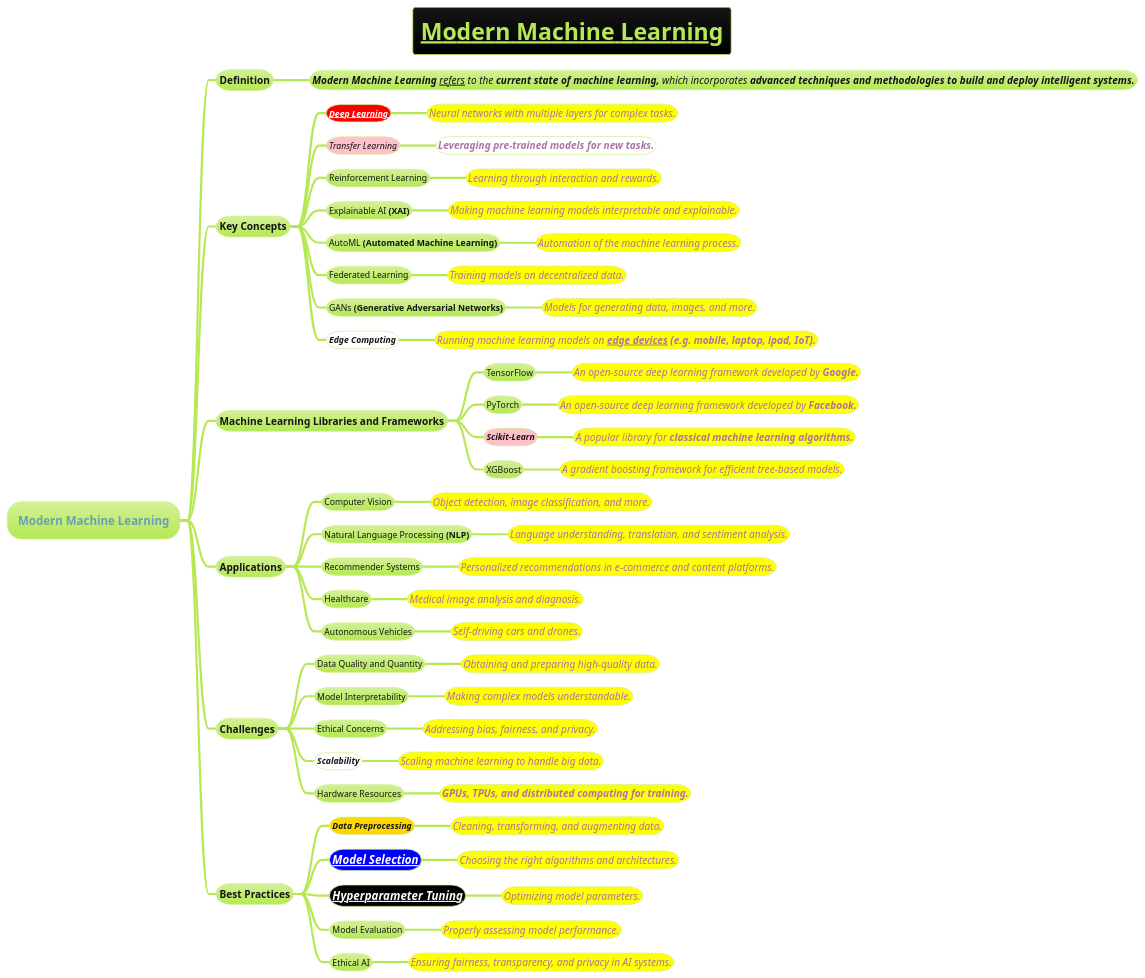
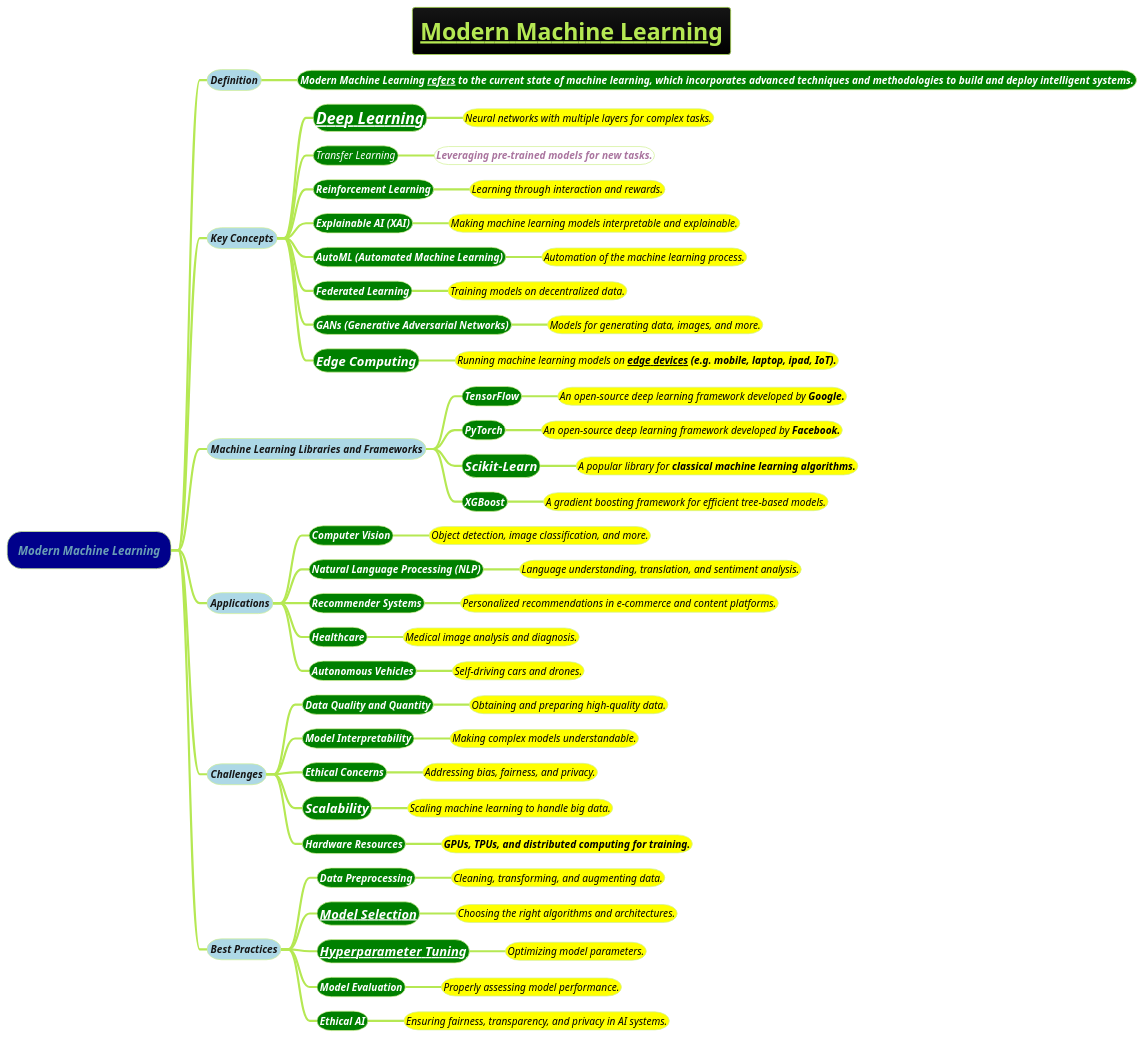
The diagram in docs/AI-ML- DL-Data-Science-and-BigData/machine-learning-ML/Modern-Machine-Learning.puml (MehmoodHashmi/Documentation-as-Code-DaC), drawn with PlantUML before and after one commit. The commit also changed 2 other files, not shown here.

```diff
--- a/docs/AI-ML- DL-Data-Science-and-BigData/machine-learning-ML/Modern-Machine-Learning.puml
+++ b/docs/AI-ML- DL-Data-Science-and-BigData/machine-learning-ML/Modern-Machine-Learning.puml
@@ -1,73 +1,73 @@
 @startmindmap
 title =**__Modern Machine Learning__**
 !theme hacker
 
-* Modern Machine Learning
-** Definition
-*** ====<size:14>**Modern Machine Learning** __refers__ to the **current state of machine learning,** which incorporates **advanced techniques and methodologies to build and deploy intelligent systems.**
+*[#darkblue] <i>Modern Machine Learning
+**[#lightblue] <size:14><i>Definition
+***[#green] <b><color #white><i><size:14><i><size:14>**Modern Machine Learning** __refers__ to the **current state of machine learning,** which incorporates **advanced techniques and methodologies to build and deploy intelligent systems.**
 
-** Key Concepts
-***[#red] ====**[[3-deep-learning-DL/Deep-Learning.puml Deep Learning]]**
-****[#yellow] ====<size:14>Neural networks with multiple layers for complex tasks.
-***[#pink] ====Transfer Learning
-****[#white] ====<size:14>**Leveraging pre-trained models for new tasks.**
-*** Reinforcement Learning
-****[#yellow] ====<size:14>Learning through interaction and rewards.
-*** Explainable AI **(XAI)**
-****[#yellow] ====<size:14>Making machine learning models interpretable and explainable.
-*** AutoML **(Automated Machine Learning)**
-****[#yellow] ====<size:14>Automation of the machine learning process.
-*** Federated Learning
-****[#yellow] ====<size:14>Training models on decentralized data.
-*** GANs **(Generative Adversarial Networks)**
-****[#yellow] ====<size:14>Models for generating data, images, and more.
-***[#white] ====**Edge Computing**
-****[#yellow] ====<size:14>Running machine learning models on __**edge devices**__ **(e.g. mobile, laptop, ipad, IoT).**
+**[#lightblue] <size:14><i>Key Concepts
+***[#green] <size:22><color #white><i>**[[3-deep-learning-DL/Deep-Learning.puml Deep Learning]]**
+****[#yellow] <color #black><i><size:14>Neural networks with multiple layers for complex tasks.
+***[#green] <i><size:14><color #white>Transfer Learning
+****[#white] <i><size:14>**Leveraging pre-trained models for new tasks.**
+***[#green] <b><color #white><i><size:14>Reinforcement Learning
+****[#yellow] <color #black><i><size:14>Learning through interaction and rewards.
+***[#green] <b><color #white><i><size:14>Explainable AI **(XAI)**
+****[#yellow] <color #black><i><size:14>Making machine learning models interpretable and explainable.
+***[#green] <b><color #white><i><size:14>AutoML **(Automated Machine Learning)**
+****[#yellow] <color #black><i><size:14>Automation of the machine learning process.
+***[#green] <b><color #white><i><size:14>Federated Learning
+****[#yellow] <color #black><i><size:14>Training models on decentralized data.
+***[#green] <b><color #white><i><size:14>GANs **(Generative Adversarial Networks)**
+****[#yellow] <color #black><i><size:14>Models for generating data, images, and more.
+***[#green] <size:18><color #white><i>**Edge Computing**
+****[#yellow] <color #black><i><size:14>Running machine learning models on __**edge devices**__ **(e.g. mobile, laptop, ipad, IoT).**
 
-** Machine Learning Libraries and Frameworks
-*** TensorFlow
-****[#yellow] ====<size:14>An open-source deep learning framework developed by **Google.**
-*** PyTorch
-****[#yellow] ====<size:14>An open-source deep learning framework developed by **Facebook.**
-***[#pink] ====**Scikit-Learn**
-****[#yellow] ====<size:14>A popular library for **classical machine learning algorithms.**
-*** XGBoost
-****[#yellow] ====<size:14>A gradient boosting framework for efficient tree-based models.
+**[#lightblue] <size:14><i>Machine Learning Libraries and Frameworks
+***[#green] <b><color #white><i><size:14>TensorFlow
+****[#yellow] <color #black><i><size:14>An open-source deep learning framework developed by **Google.**
+***[#green] <b><color #white><i><size:14>PyTorch
+****[#yellow] <color #black><i><size:14>An open-source deep learning framework developed by **Facebook.**
+***[#green] <size:18><color #white><i>**Scikit-Learn**
+****[#yellow] <color #black><i><size:14>A popular library for **classical machine learning algorithms.**
+***[#green] <b><color #white><i><size:14>XGBoost
+****[#yellow] <color #black><i><size:14>A gradient boosting framework for efficient tree-based models.
 
-** Applications
-*** Computer Vision
-****[#yellow] ====<size:14>Object detection, image classification, and more.
-*** Natural Language Processing **(NLP)**
-****[#yellow] ====<size:14>Language understanding, translation, and sentiment analysis.
-*** Recommender Systems
-****[#yellow] ====<size:14>Personalized recommendations in e-commerce and content platforms.
-*** Healthcare
-****[#yellow] ====<size:14>Medical image analysis and diagnosis.
-*** Autonomous Vehicles
-****[#yellow] ====<size:14>Self-driving cars and drones.
+**[#lightblue] <size:14><i>Applications
+***[#green] <b><color #white><i><size:14>Computer Vision
+****[#yellow] <color #black><i><size:14>Object detection, image classification, and more.
+***[#green] <b><color #white><i><size:14>Natural Language Processing **(NLP)**
+****[#yellow] <color #black><i><size:14>Language understanding, translation, and sentiment analysis.
+***[#green] <b><color #white><i><size:14>Recommender Systems
+****[#yellow] <color #black><i><size:14>Personalized recommendations in e-commerce and content platforms.
+***[#green] <b><color #white><i><size:14>Healthcare
+****[#yellow] <color #black><i><size:14>Medical image analysis and diagnosis.
+***[#green] <b><color #white><i><size:14>Autonomous Vehicles
+****[#yellow] <color #black><i><size:14>Self-driving cars and drones.
 
-** Challenges
-*** Data Quality and Quantity
-****[#yellow] ====<size:14>Obtaining and preparing high-quality data.
-*** Model Interpretability
-****[#yellow] ====<size:14>Making complex models understandable.
-*** Ethical Concerns
-****[#yellow] ====<size:14>Addressing bias, fairness, and privacy.
-***[#white] ====**Scalability**
-****[#yellow] ====<size:14>Scaling machine learning to handle big data.
-*** Hardware Resources
-****[#yellow] ====<size:14>**GPUs, TPUs, and distributed computing for training.**
+**[#lightblue] <size:14><i>Challenges
+***[#green] <b><color #white><i><size:14>Data Quality and Quantity
+****[#yellow] <color #black><i><size:14>Obtaining and preparing high-quality data.
+***[#green] <b><color #white><i><size:14>Model Interpretability
+****[#yellow] <color #black><i><size:14>Making complex models understandable.
+***[#green] <b><color #white><i><size:14>Ethical Concerns
+****[#yellow] <color #black><i><size:14>Addressing bias, fairness, and privacy.
+***[#green] <size:18><color #white><i>**Scalability**
+****[#yellow] <color #black><i><size:14>Scaling machine learning to handle big data.
+***[#green] <b><color #white><i><size:14>Hardware Resources
+****[#yellow] <color #black><i><size:14>**GPUs, TPUs, and distributed computing for training.**
 
-** Best Practices
-***[#gold] ====**Data Preprocessing**
-****[#yellow] ====<size:14>Cleaning, transforming, and augmenting data.
-***[#blue] ====<size:16>**[[3-deep-learning-DL/how-to/Criteria-to-Select-a-Network-Architecture.puml Model Selection]]**
-****[#yellow] ====<size:14>Choosing the right algorithms and architectures.
-***[#black] ====<size:16>**[[3-deep-learning-DL/Hyperparameter-Tuning.puml Hyperparameter Tuning]]**
-****[#yellow] ====<size:14>Optimizing model parameters.
-*** Model Evaluation
-****[#yellow] ====<size:14>Properly assessing model performance.
-*** Ethical AI
-****[#yellow] ====<size:14>Ensuring fairness, transparency, and privacy in AI systems.
+**[#lightblue] <size:14><i>Best Practices
+***[#green] <b><size:14><color #white><i>**Data Preprocessing**
+****[#yellow] <color #black><i><size:14>Cleaning, transforming, and augmenting data.
+***[#green] <i><size:18>**[[3-deep-learning-DL/how-to/Criteria-to-Select-a-Network-Architecture.puml Model Selection]]**
+****[#yellow] <color #black><i><size:14>Choosing the right algorithms and architectures.
+***[#green] <i><size:18>**[[3-deep-learning-DL/Hyperparameter-Tuning.puml Hyperparameter Tuning]]**
+****[#yellow] <color #black><i><size:14>Optimizing model parameters.
+***[#green] <b><color #white><i><size:14>Model Evaluation
+****[#yellow] <color #black><i><size:14>Properly assessing model performance.
+***[#green] <b><color #white><i><size:14>Ethical AI
+****[#yellow] <color #black><i><size:14>Ensuring fairness, transparency, and privacy in AI systems.
 
 @endmindmap
```
